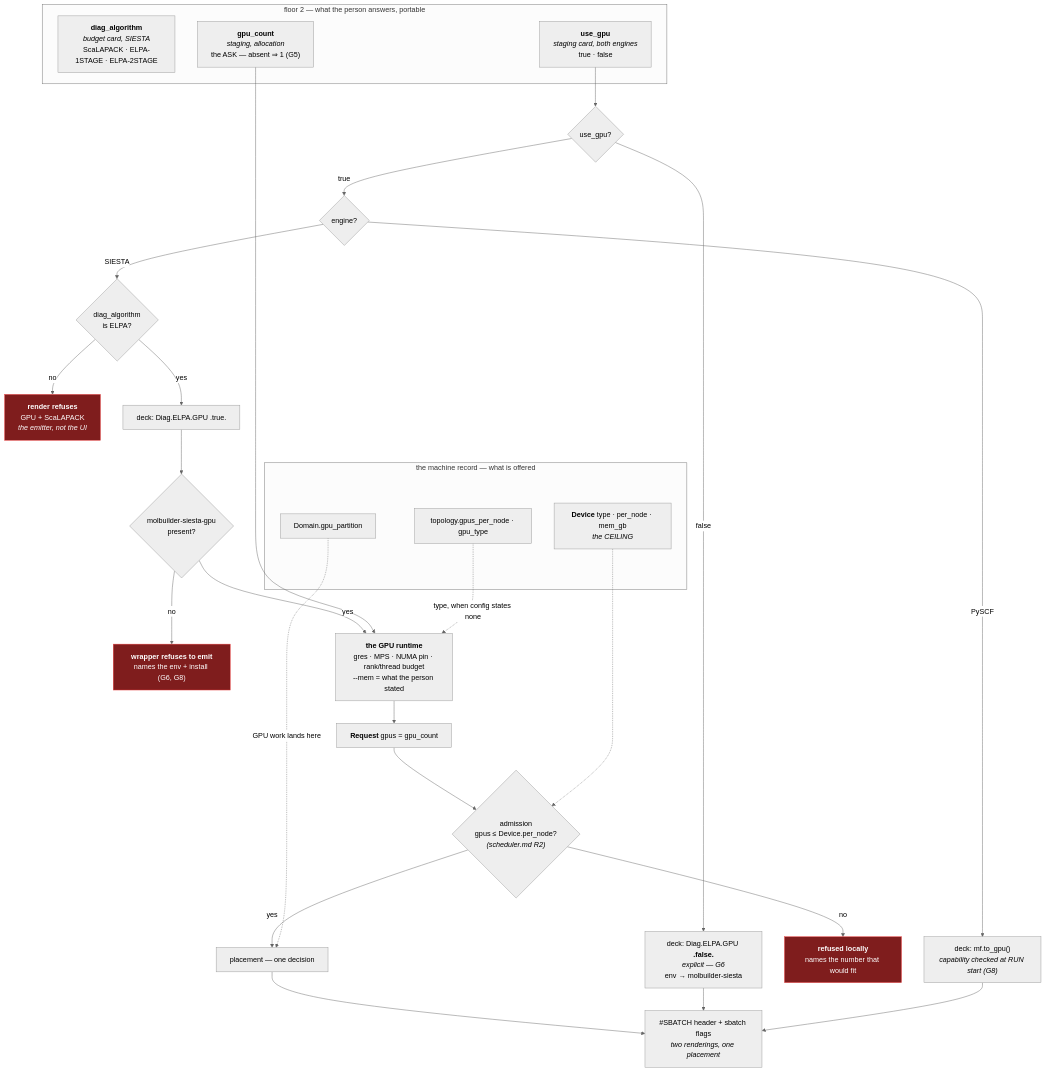
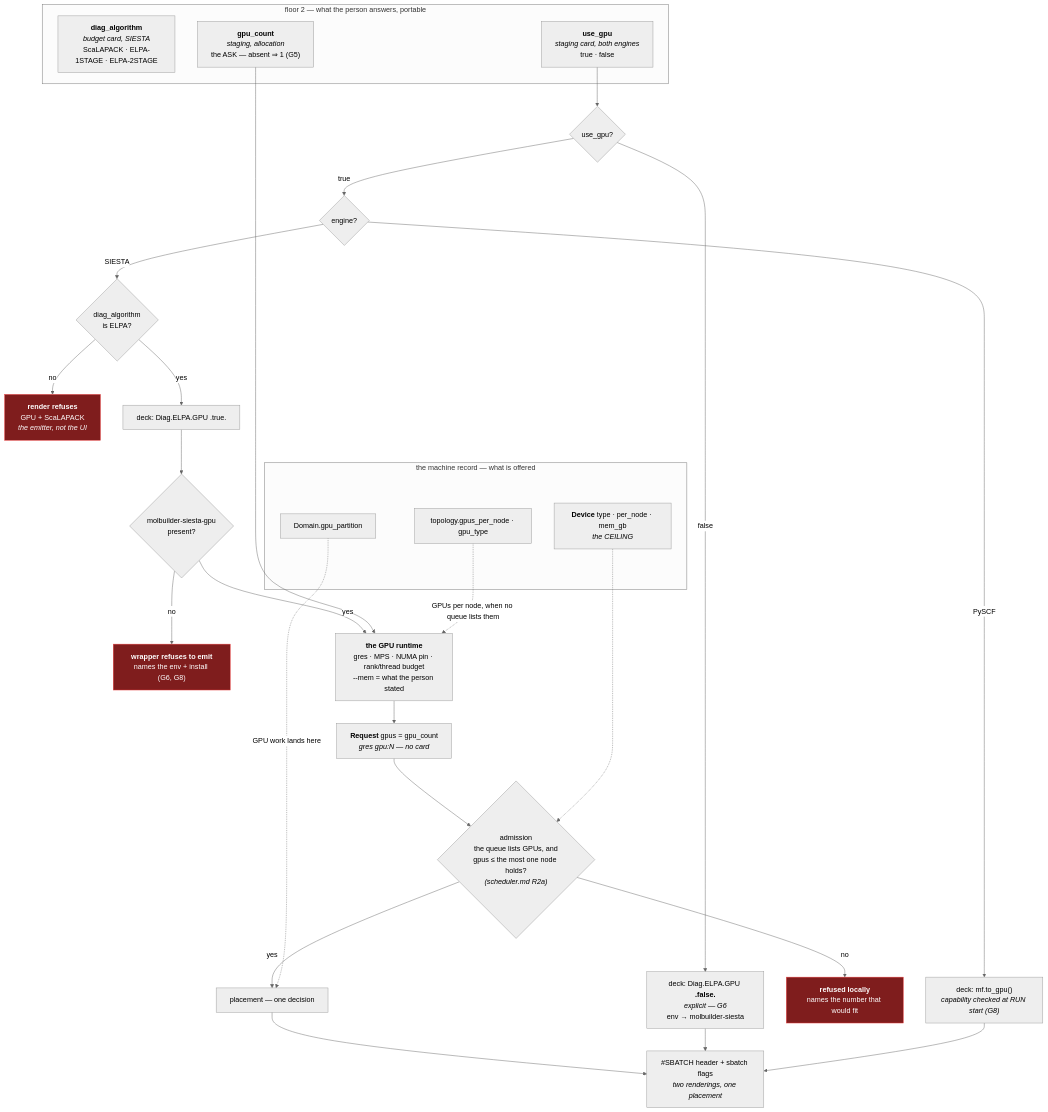
Before and after one commit to Qing-LAB/molbuilder: the diagram in docs/execution/gpu.md, drawn with Mermaid (neutral theme). The commit also changed other lines of this file and 33 other files, not shown here.

````diff
--- a/docs/execution/gpu.md
+++ b/docs/execution/gpu.md
@@ -135,44 +135,44 @@
 ```mermaid
 flowchart TB
     subgraph ASK["floor 2 — what the person answers, portable"]
         SOLVER["<b>diag_algorithm</b><br/><i>budget card, SIESTA</i><br/>ScaLAPACK · ELPA-1STAGE · ELPA-2STAGE"]
         WANT["<b>use_gpu</b><br/><i>staging card, both engines</i><br/>true · false"]
         COUNT["<b>gpu_count</b><br/><i>staging, allocation</i><br/>the ASK — absent ⇒ 1 (G5)"]
     end
 
     subgraph MACH["the machine record — what is offered"]
         DEV["<b>Device</b> type · per_node · mem_gb<br/><i>the CEILING</i>"]
         TOPO["topology.gpus_per_node · gpu_type"]
         PART["Domain.gpu_partition"]
     end
 
     WANT --> Q1{"use_gpu?"}
     Q1 -->|false| CPU["deck: Diag.ELPA.GPU <b>.false.</b><br/><i>explicit — G6</i><br/>env → molbuilder-siesta"]
     Q1 -->|true| Q2{"engine?"}
 
     Q2 -->|SIESTA| Q3{"diag_algorithm<br/>is ELPA?"}
     Q3 -->|no| REFUSE1["<b>render refuses</b><br/>GPU + ScaLAPACK<br/><i>the emitter, not the UI</i>"]
     Q3 -->|yes| DECK["deck: Diag.ELPA.GPU .true."]
     Q2 -->|PySCF| PYDECK["deck: mf.to_gpu()<br/><i>capability checked at RUN start (G8)</i>"]
 
     DECK --> ENV{"molbuilder-siesta-gpu<br/>present?"}
     ENV -->|no| REFUSE2["<b>wrapper refuses to emit</b><br/>names the env + install (G6, G8)"]
     ENV -->|yes| RT["<b>the GPU runtime</b><br/>gres · MPS · NUMA pin · rank/thread budget<br/>--mem = what the person stated"]
 
     COUNT --> RT
-    TOPO -.->|"type, when config states none"| RT
-    RT --> REQ["<b>Request</b> gpus = gpu_count"]
+    TOPO -.->|"GPUs per node, when no queue lists them"| RT
+    RT --> REQ["<b>Request</b> gpus = gpu_count<br/><i>gres gpu:N — no card</i>"]
 
-    REQ --> ADMIT{"admission<br/>gpus ≤ Device.per_node?<br/><i>(scheduler.md R2)</i>"}
+    REQ --> ADMIT{"admission<br/>the queue lists GPUs, and<br/>gpus ≤ the most one node holds?<br/><i>(scheduler.md R2a)</i>"}
     DEV -.-> ADMIT
     ADMIT -->|no| REFUSE3["<b>refused locally</b><br/>names the number that would fit"]
     ADMIT -->|yes| PLACE["placement — one decision"]
     PART -.->|"GPU work lands here"| PLACE
     PLACE --> OUT["#SBATCH header + sbatch flags<br/><i>two renderings, one placement</i>"]
 
     CPU --> OUT
     PYDECK --> OUT
 
     classDef refuse fill:#7f1d1d,stroke:#ef4444,color:#fff
     class REFUSE1,REFUSE2,REFUSE3 refuse
 ```
````
